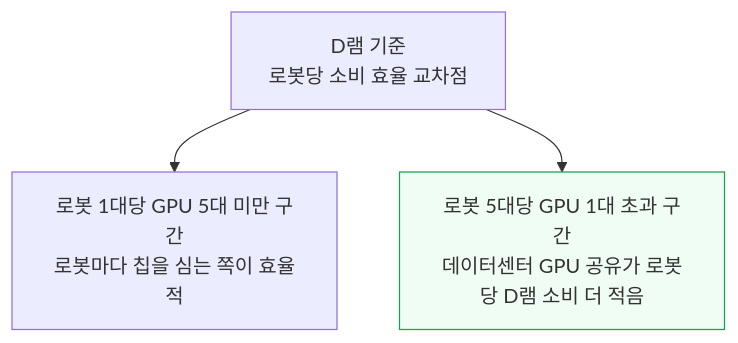
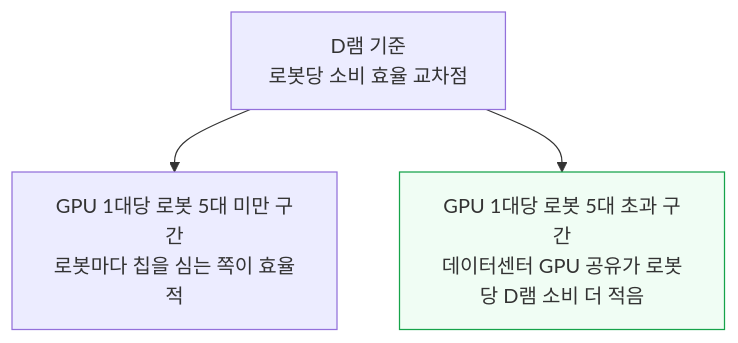
Diagram 16 of 24 in content/newsletter/robotics/[260910] 로봇은 어디서 생각하는가 - 온디바이스 대 데이터센터 추론.md (yohan4477/semi-report), drawn with Mermaid before and after one commit. The commit also changed other lines of this file and 1 other file, not shown here.

````diff
--- a/content/newsletter/robotics/[260910] 로봇은 어디서 생각하는가 - 온디바이스 대 데이터센터 추론.md
+++ b/content/newsletter/robotics/[260910] 로봇은 어디서 생각하는가 - 온디바이스 대 데이터센터 추론.md
@@ -303,7 +303,7 @@
 ```mermaid
 flowchart TD
-    M["D램 기준<br/>로봇당 소비 효율 교차점"] --> Below5["로봇 1대당 GPU 5대 미만 구간<br/>로봇마다 칩을 심는 쪽이 효율적"]
-    M --> Above5["로봇 5대당 GPU 1대 초과 구간<br/>데이터센터 GPU 공유가 로봇당 D램 소비 더 적음"]
+    M["D램 기준<br/>로봇당 소비 효율 교차점"] --> Below5["GPU 1대당 로봇 5대 미만 구간<br/>로봇마다 칩을 심는 쪽이 효율적"]
+    M --> Above5["GPU 1대당 로봇 5대 초과 구간<br/>데이터센터 GPU 공유가 로봇당 D램 소비 더 적음"]
 
     style Above5 fill:#f0fdf4,stroke:#16a34a
 ```
````
